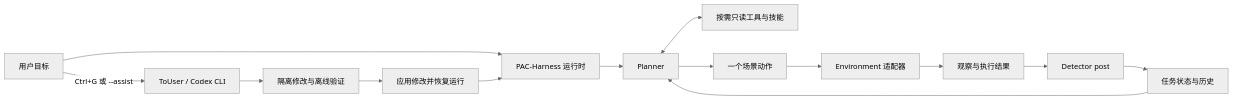
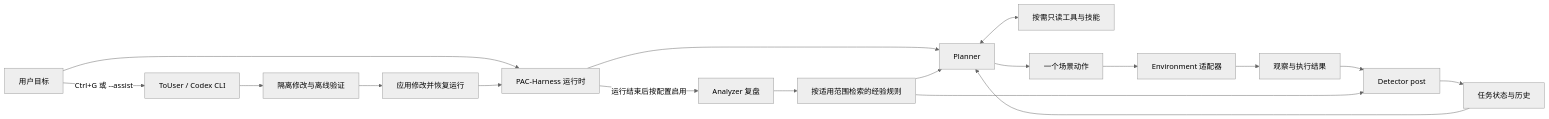
Before and after one commit to ZAK1030/PAC-Harness: the diagram in README.md, drawn with Mermaid (neutral theme). The commit also changed other lines of this file and 47 other files, not shown here.

````diff
--- a/README.md
+++ b/README.md
@@ -91,16 +93,20 @@
 ```mermaid
 flowchart LR
     User[用户目标] --> Runtime[PAC-Harness 运行时]
     Runtime --> Planner[Planner]
     Planner <--> Tools[按需只读工具与技能]
     Planner --> Action[一个场景动作]
     Action --> Adapter[Environment 适配器]
     Adapter --> Evidence[观察与执行结果]
     Evidence --> Detector[Detector post]
     Detector --> State[任务状态与历史]
     State --> Planner
+    Runtime -->|运行结束后按配置启用| Analyzer[Analyzer 复盘]
+    Analyzer --> Rules[按适用范围检索的经验规则]
+    Rules --> Planner
+    Rules --> Detector
     User -->|Ctrl+G 或 --assist| ToUser[ToUser / Codex CLI]
     ToUser --> Stage[隔离修改与离线验证]
     Stage --> Restart[应用修改并恢复运行]
     Restart --> Runtime
 ```
````
